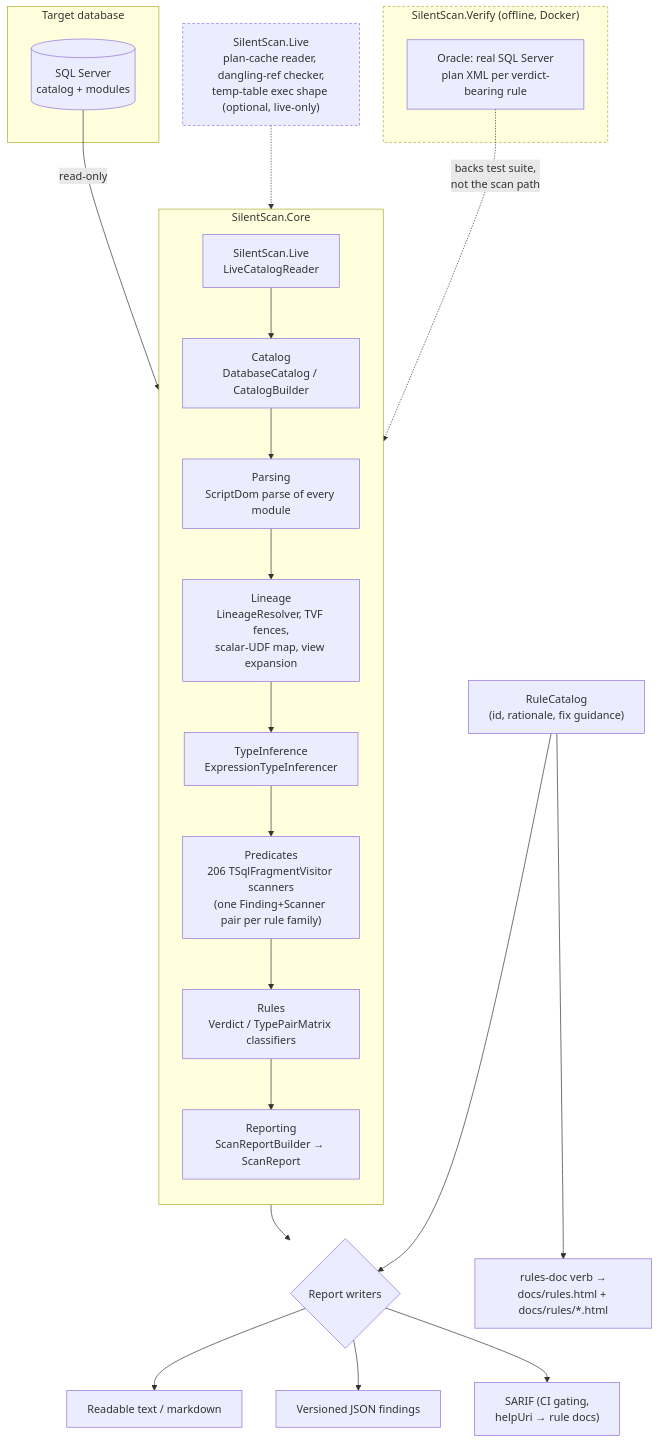
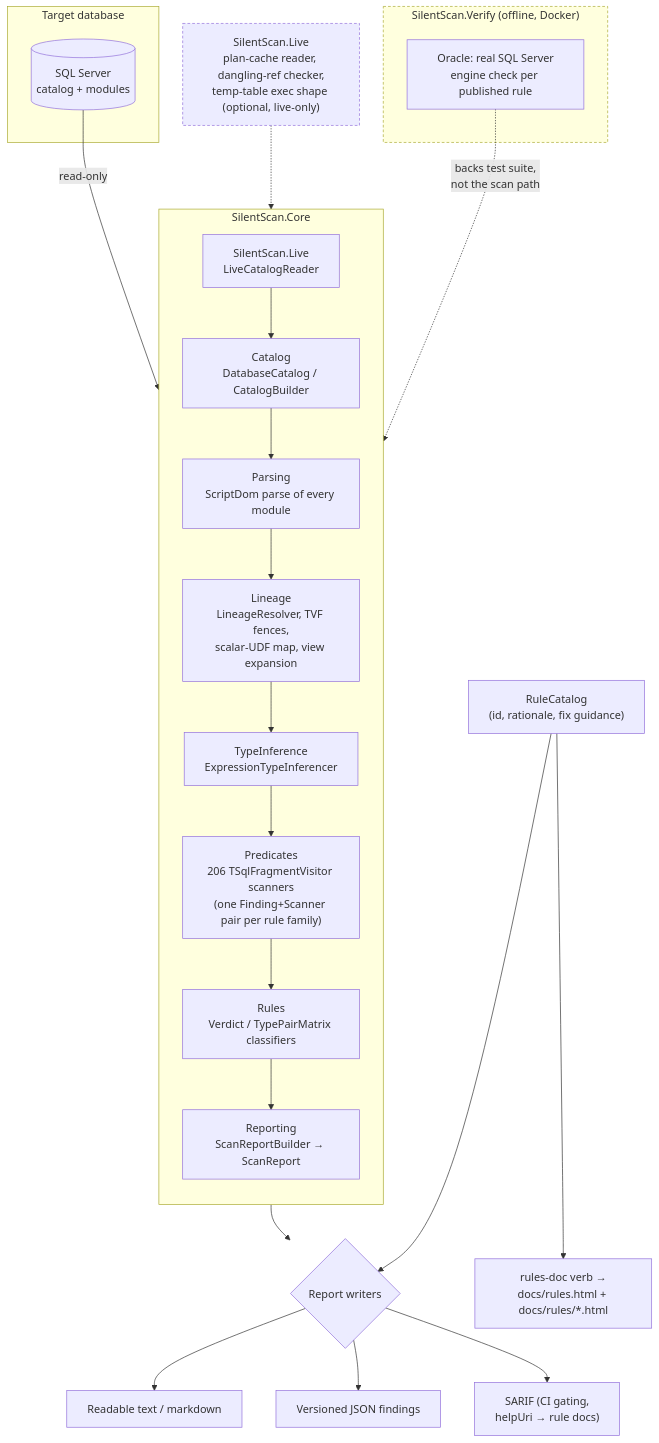
Before and after one commit to bhattumang7/mssql-silentscan: the diagram in README.md, drawn with Mermaid. The commit also changed other lines of this file and 2 other files, not shown here.

First line of the commit message:
Docs: describe oracle verification as required for every published rule

````diff
--- a/README.md
+++ b/README.md
@@ -92,37 +92,37 @@
 ```mermaid
 flowchart TD
     subgraph Input["Target database"]
         DB[(SQL Server<br/>catalog + modules)]
     end
 
     DB -->|read-only| LCR["SilentScan.Live<br/>LiveCatalogReader"]
 
     subgraph Core["SilentScan.Core"]
         direction TB
         LCR --> CAT["Catalog<br/>DatabaseCatalog / CatalogBuilder"]
         CAT --> PARSE["Parsing<br/>ScriptDom parse of every module"]
         PARSE --> LIN["Lineage<br/>LineageResolver, TVF fences,<br/>scalar-UDF map, view expansion"]
         LIN --> TYPE["TypeInference<br/>ExpressionTypeInferencer"]
         TYPE --> PRED["Predicates<br/>206 TSqlFragmentVisitor scanners<br/>(one Finding+Scanner pair per rule family)"]
         PRED --> RULES["Rules<br/>Verdict / TypePairMatrix classifiers"]
         RULES --> SRB["Reporting<br/>ScanReportBuilder → ScanReport"]
     end
 
     LIVEEXTRA["SilentScan.Live<br/>plan-cache reader, dangling-ref checker,<br/>temp-table exec shape (optional, live-only)"] -.-> SRB
 
     SRB --> WRITERS{"Report writers"}
     WRITERS --> TXT["Readable text / markdown"]
     WRITERS --> JSON["Versioned JSON findings"]
     WRITERS --> SARIF["SARIF (CI gating,<br/>helpUri → rule docs)"]
 
     RULECAT["RuleCatalog<br/>(id, rationale, fix guidance)"] --> WRITERS
     RULECAT --> RULEDOCS["rules-doc verb →<br/>docs/rules.html + docs/rules/*.html"]
 
     subgraph Verify["SilentScan.Verify (offline, Docker)"]
-        ORACLE["Oracle: real SQL Server<br/>plan XML per verdict-bearing rule"]
+        ORACLE["Oracle: real SQL Server<br/>engine check per published rule"]
     end
     ORACLE -.->|backs test suite,<br/>not the scan path| PRED
 
     classDef opt stroke-dasharray: 4 3;
     class LIVEEXTRA,Verify opt;
 ```
````
